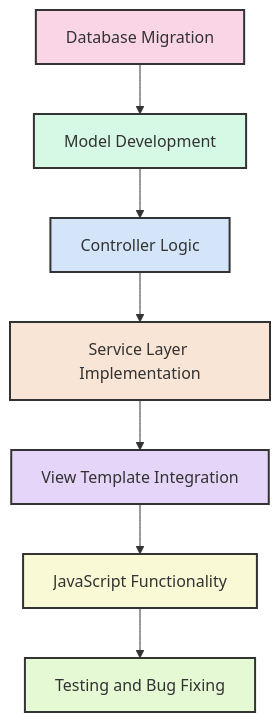
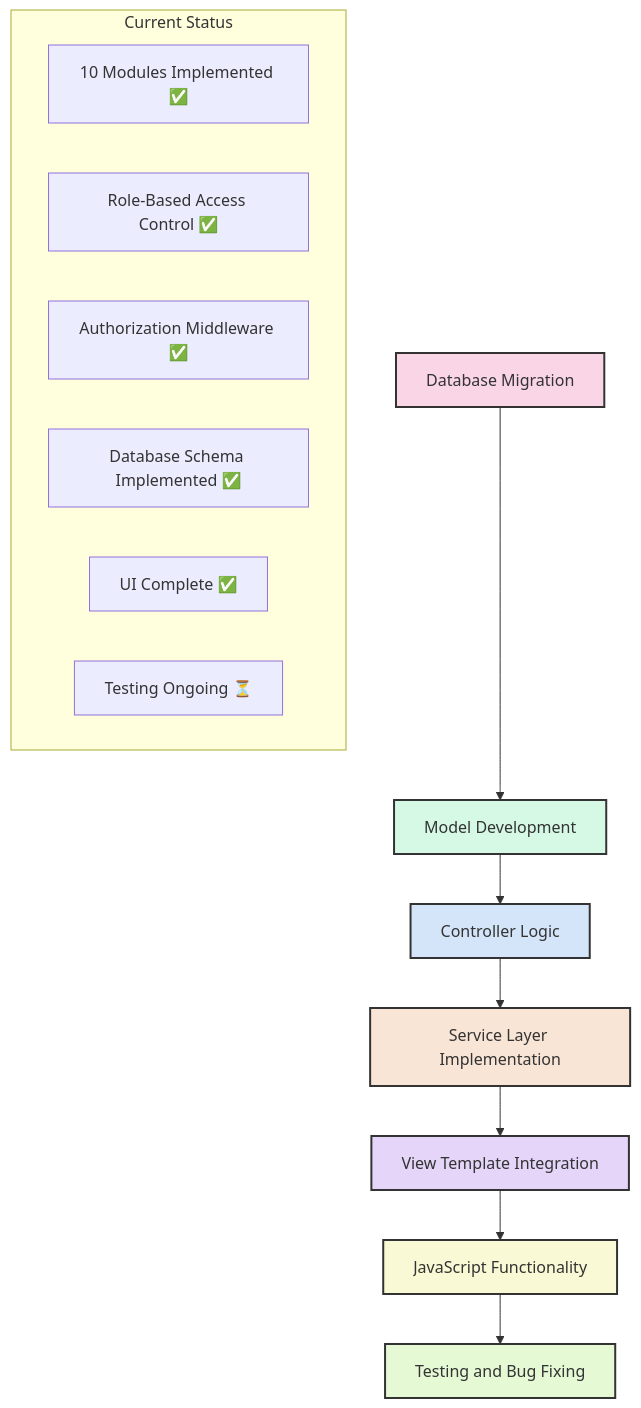
Before and after one commit to Khubaeb/Billy-Fresh: the fourth of 5 diagrams in docs/workflow_diagram.md, drawn with Mermaid. The commit also changed other lines of this file and 6 other files, not shown here.

Commit message:
Update project documentation to reflect current implementation status

````diff
--- a/docs/workflow_diagram.md
+++ b/docs/workflow_diagram.md
@@ -87,17 +94,26 @@
 ```mermaid
 flowchart TB
     A[Database Migration] --> B[Model Development]
     B --> C[Controller Logic]
     C --> D[Service Layer Implementation]
     D --> E[View Template Integration]
     E --> F[JavaScript Functionality]
     F --> G[Testing and Bug Fixing]
     
+    subgraph CurrentStatus[Current Status]
+    H[10 Modules Implemented ✅]
+    I[Role-Based Access Control ✅]
+    J[Authorization Middleware ✅]
+    K[Database Schema Implemented ✅]
+    L[UI Complete ✅]
+    M[Testing Ongoing ⏳]
+    end
+    
     style A fill:#f9d5e5,stroke:#333,stroke-width:2px
     style B fill:#d5f9e5,stroke:#333,stroke-width:2px
     style C fill:#d5e5f9,stroke:#333,stroke-width:2px
     style D fill:#f9e5d5,stroke:#333,stroke-width:2px
     style E fill:#e5d5f9,stroke:#333,stroke-width:2px
     style F fill:#f9f9d5,stroke:#333,stroke-width:2px
     style G fill:#e5f9d5,stroke:#333,stroke-width:2px
 ```
````
